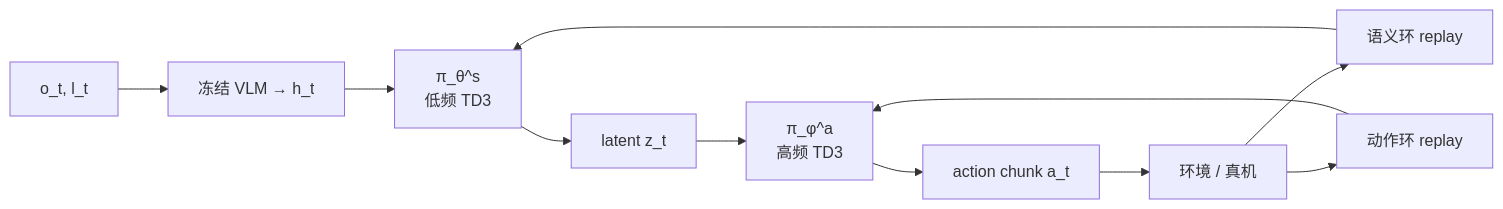
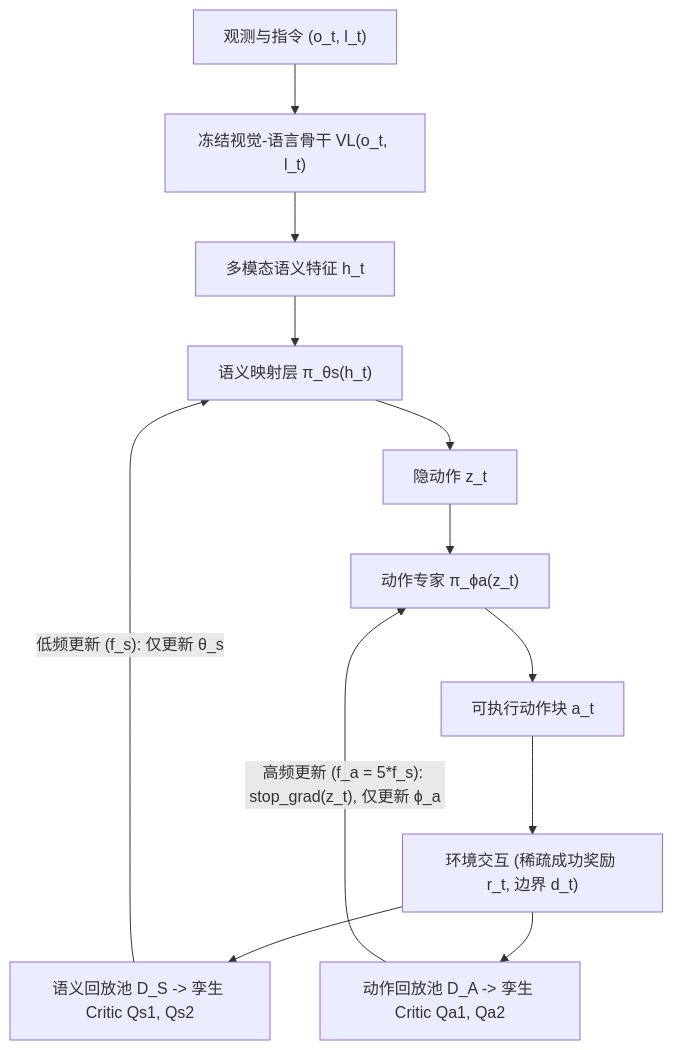
Before and after one commit to ImChong/Robotics_Notebooks: the diagram in wiki/entities/paper-tempo.md, drawn with Mermaid. The commit also changed other lines of this file and 192 other files, not shown here.

Commit message:
[2026-11-14] ingest | roadmap/depth-vla.md — 补齐 VLA 纵深路线全部节点原文证据与满分健康度

````diff
--- a/wiki/entities/paper-tempo.md
+++ b/wiki/entities/paper-tempo.md
@@ -90,13 +67,15 @@
 ```mermaid
-flowchart LR
-  Obs["o_t, l_t"] --> VLM["冻结 VLM → h_t"]
-  VLM --> Proj["π_θ^s<br/>低频 TD3"]
-  Proj --> Z["latent z_t"]
-  Z --> Expert["π_φ^a<br/>高频 TD3"]
-  Expert --> Chunk["action chunk a_t"]
-  Chunk --> Env["环境 / 真机"]
-  Env --> Rs["语义环 replay"]
-  Env --> Ra["动作环 replay"]
-  Rs --> Proj
-  Ra --> Expert
+flowchart TD
+    Obs["观测与指令 (o_t, l_t)"] --> VLM["冻结视觉-语言骨干 VL(o_t, l_t)"]
+    VLM --> Ht["多模态语义特征 h_t"]
+    Ht --> SemProj["语义映射层 π_θs(h_t)"]
+    SemProj --> Zt["隐动作 z_t"]
+    Zt --> ActExp["动作专家 π_ϕa(z_t)"]
+    ActExp --> Chunk["可执行动作块 a_t"]
+
+    Chunk --> Env["环境交互 (稀疏成功奖励 r_t, 边界 d_t)"]
+    Env --> BufS["语义回放池 D_S -> 孪生 Critic Qs1, Qs2"]
+    Env --> BufA["动作回放池 D_A -> 孪生 Critic Qa1, Qa2"]
+    BufS -->|"低频更新 (f_s): 仅更新 θ_s"| SemProj
+    BufA -->|"高频更新 (f_a = 5*f_s): stop_grad(z_t), 仅更新 ϕ_a"| ActExp
 ```
````
